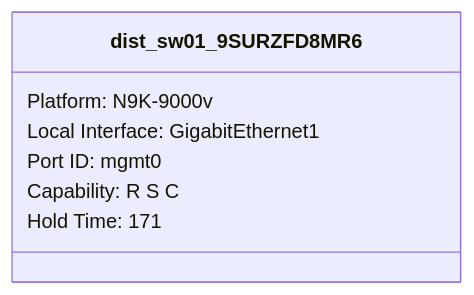
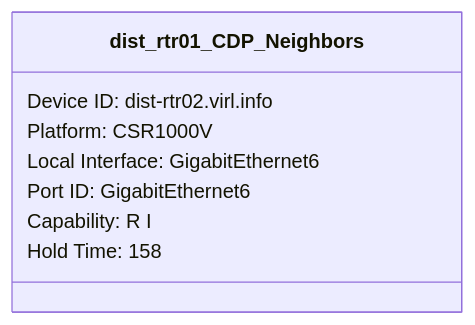
Before and after one commit to automateyournetwork/pyYAHTS: the third of 6 diagrams in Examples/IOS-XE/dist-rtr01 show cdp neighbors class.md, drawn with Mermaid. The commit also changed other lines of this file and 34 other files, not shown here.

Commit message:
ios-xe class diagrams

````diff
--- a/Examples/IOS-XE/dist-rtr01 show cdp neighbors class.md
+++ b/Examples/IOS-XE/dist-rtr01 show cdp neighbors class.md
@@ -24,10 +26,11 @@
 ```mermaid
 classDiagram
-class dist_sw01_9SURZFD8MR6{
-Platform: N9K-9000v
-Local Interface: GigabitEthernet1
-Port ID: mgmt0
-Capability: R S C
-Hold Time: 171
+class dist_rtr01_CDP_Neighbors {
+Device ID: dist-rtr02.virl.info
+Platform: CSR1000V
+Local Interface: GigabitEthernet6
+Port ID: GigabitEthernet6
+Capability: R I
+Hold Time: 158
 }
 ```
````
